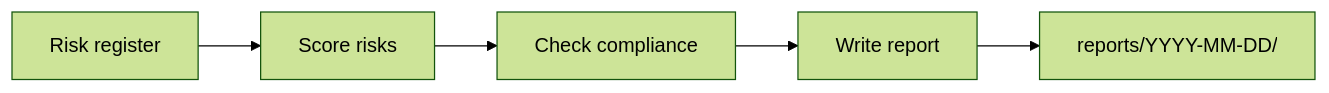
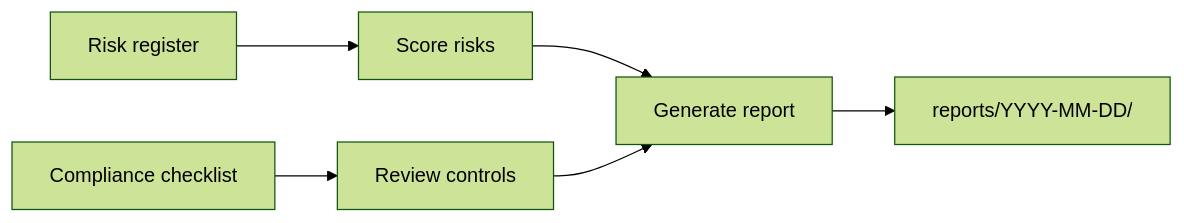
The fifth of 6 diagrams in README.md (Speed-boo3/grc-project), drawn with Mermaid (forest theme) before and after one commit. The commit also changed other lines of this file, not shown here.

Commit message:
Rewrite README: cleaner structure, better diagrams, output examples

````diff
--- a/README.md
+++ b/README.md
@@ -142,7 +188,7 @@
 ```mermaid
 flowchart LR
     A[Risk register] --> B[Score risks]
-    B --> C[Check compliance]
-    C --> D[Write report]
-    D --> E[reports/YYYY-MM-DD/]
+    C[Compliance checklist] --> D[Review controls]
+    B & D --> E[Generate report]
+    E --> F[reports/YYYY-MM-DD/]
 ```
````
